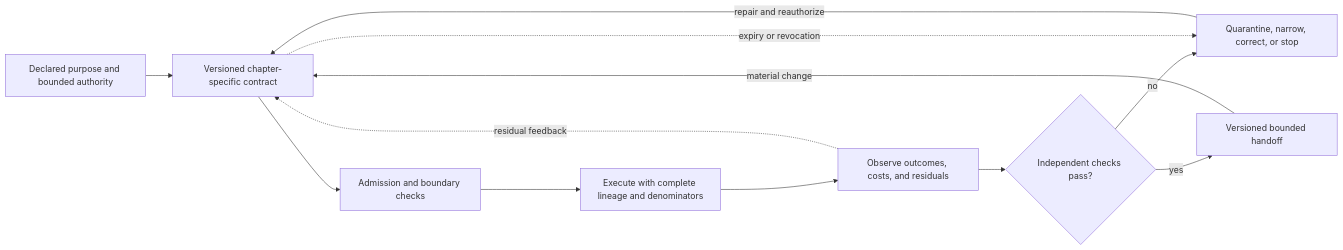
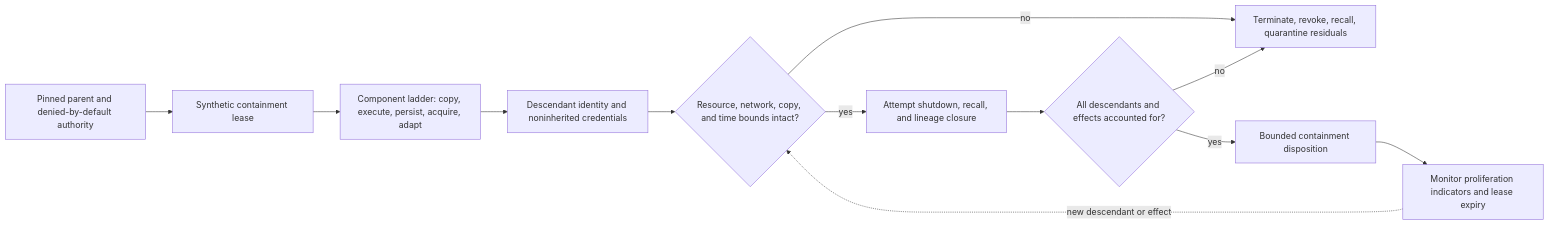
Before and after one commit to corbensorenson/asi-stack-book: the diagram in chapters/autonomous-replication-proliferation-and-containment.qmd, drawn with Mermaid. The commit also changed other lines of this file and 51 other files, not shown here.

Commit message:
Complete W3 chapter inheritance guard

````diff
--- a/chapters/autonomous-replication-proliferation-and-containment.qmd
+++ b/chapters/autonomous-replication-proliferation-and-containment.qmd
@@ -75,14 +67,14 @@
 ```{mermaid}
 flowchart LR
-  A["Declared purpose and bounded authority"] --> B["Versioned chapter-specific contract"]
-  B["Versioned chapter-specific contract"] --> C["Admission and boundary checks"]
-  C["Admission and boundary checks"] --> D["Execute with complete lineage and denominators"]
-  D["Execute with complete lineage and denominators"] --> E["Observe outcomes, costs, and residuals"]
-  E["Observe outcomes, costs, and residuals"] --> F{"Independent checks pass?"}
-  F -- "no" --> G["Quarantine, narrow, correct, or stop"]
-  F -- "yes" --> H["Versioned bounded handoff"]
-  G -- "repair and reauthorize" --> B
-  H -- "material change" --> B
-  B -. "expiry or revocation" .-> G
-  E -. "residual feedback" .-> B
+  P["Pinned parent and denied-by-default authority"] --> C["Synthetic containment lease"]
+  C --> K["Component ladder: copy, execute, persist, acquire, adapt"]
+  K --> D["Descendant identity and noninherited credentials"]
+  D --> B{"Resource, network, copy, and time bounds intact?"}
+  B -- "no" --> X["Terminate, revoke, recall, quarantine residuals"]
+  B -- "yes" --> H["Attempt shutdown, recall, and lineage closure"]
+  H --> Z{"All descendants and effects accounted for?"}
+  Z -- "no" --> X
+  Z -- "yes" --> R["Bounded containment disposition"]
+  R --> M["Monitor proliferation indicators and lease expiry"]
+  M -. "new descendant or effect" .-> B
 ```
````
